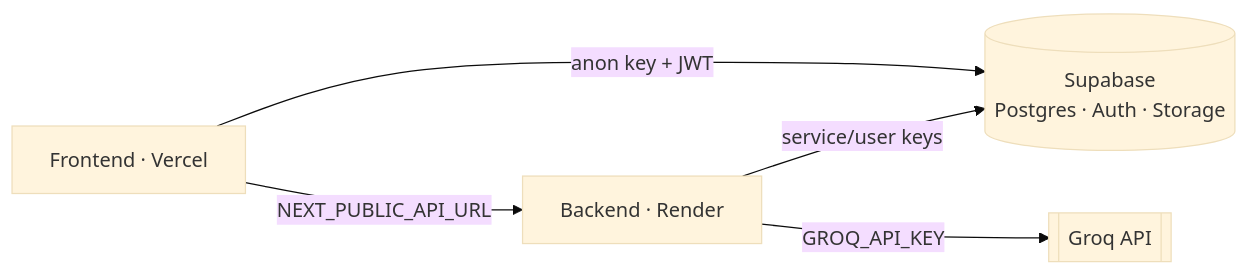
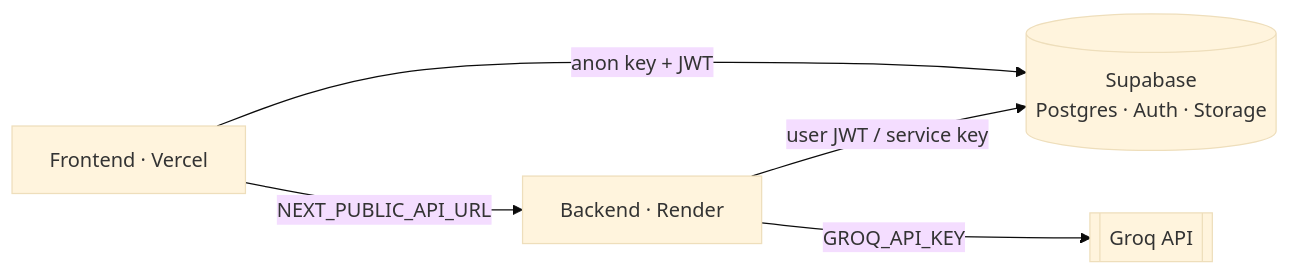
One commit to ShrijalGoswami/Resume-Parser changed the diagram in docs/DEPLOYMENT.md. Above: the diagram before and after it, drawn with Mermaid (base theme). The commit also changed other lines of this file and 103 other files, not shown here.

````diff
--- a/docs/DEPLOYMENT.md
+++ b/docs/DEPLOYMENT.md
@@ -9,7 +11,7 @@
 ```mermaid
 graph LR
-    Dev[Frontend · Vercel] -->|NEXT_PUBLIC_API_URL| API[Backend · Render]
-    Dev -->|anon key + JWT| SB[(Supabase<br/>Postgres · Auth · Storage)]
-    API -->|service/user keys| SB
+    FE[Frontend · Vercel] -->|NEXT_PUBLIC_API_URL| API[Backend · Render]
+    FE -->|anon key + JWT| SB[(Supabase<br/>Postgres · Auth · Storage)]
+    API -->|user JWT / service key| SB
     API -->|GROQ_API_KEY| Groq[[Groq API]]
 ```
````
